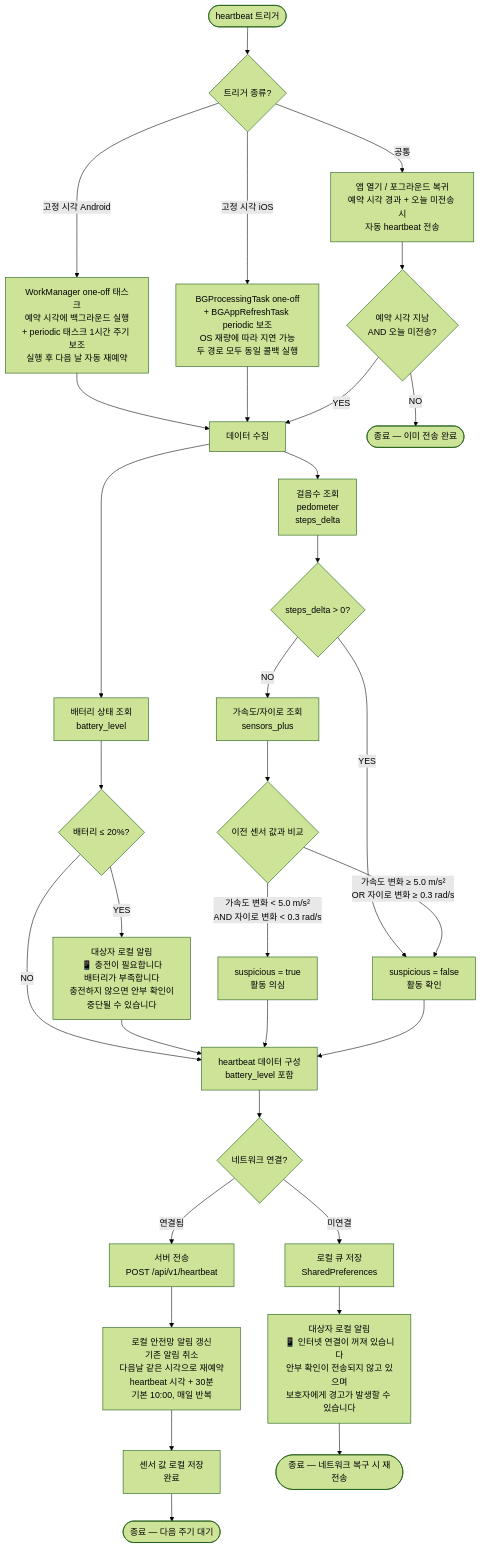
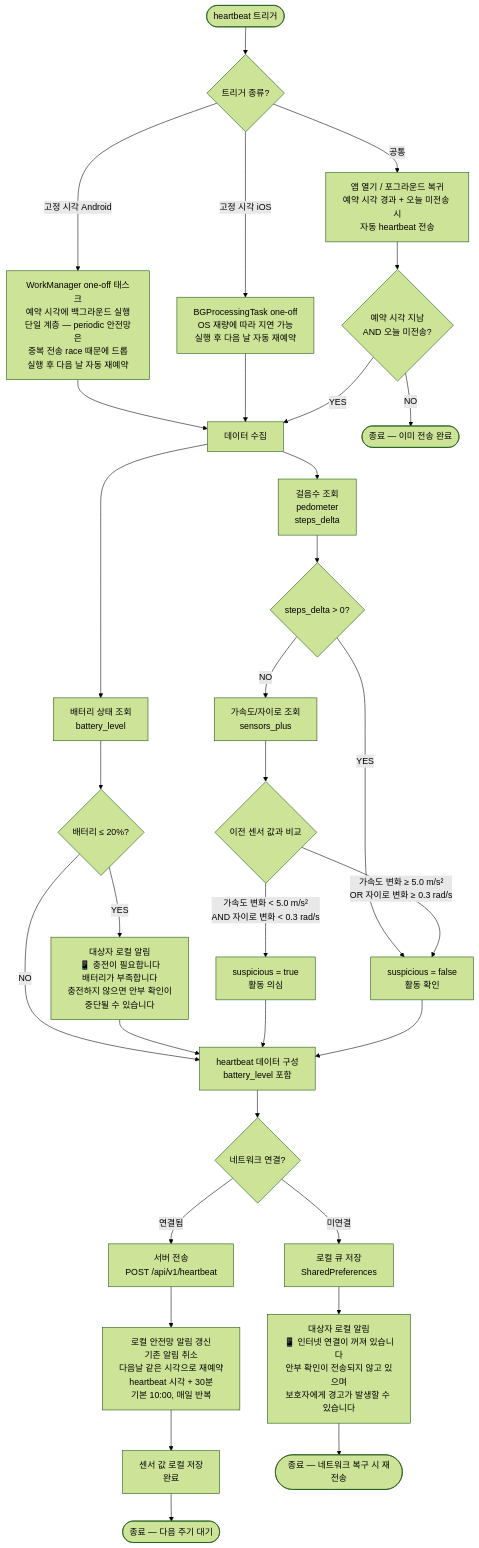
One commit to l10s18bok/kr.co.anbucheck changed the first of 8 diagrams in .claude/rules/heartbeat_flowchart.md. Above: the diagram before and after it, drawn with Mermaid (forest theme). The commit also changed other lines of this file and 2 other files, not shown here.

First line of the commit message:
문서: WorkManager periodic 안전망 드롭 반영

````diff
--- a/.claude/rules/heartbeat_flowchart.md
+++ b/.claude/rules/heartbeat_flowchart.md
@@ -25,54 +25,54 @@
 ```mermaid
 flowchart TD
     Start([heartbeat 트리거])
     Start --> Trigger
 
     Trigger{트리거 종류?}
-    Trigger -->|고정 시각 Android| WM[WorkManager one-off 태스크<br/>예약 시각에 백그라운드 실행<br/>+ periodic 태스크 1시간 주기 보조<br/>실행 후 다음 날 자동 재예약]
-    Trigger -->|고정 시각 iOS| BG[BGProcessingTask one-off<br/>+ BGAppRefreshTask periodic 보조<br/>OS 재량에 따라 지연 가능<br/>두 경로 모두 동일 콜백 실행]
+    Trigger -->|고정 시각 Android| WM[WorkManager one-off 태스크<br/>예약 시각에 백그라운드 실행<br/>단일 계층 — periodic 안전망은<br/>중복 전송 race 때문에 드롭<br/>실행 후 다음 날 자동 재예약]
+    Trigger -->|고정 시각 iOS| BG[BGProcessingTask one-off<br/>OS 재량에 따라 지연 가능<br/>실행 후 다음 날 자동 재예약]
     Trigger -->|공통| FG[앱 열기 / 포그라운드 복귀<br/>예약 시각 경과 + 오늘 미전송 시<br/>자동 heartbeat 전송]
 
     WM --> Collect
     BG --> Collect
     FG --> FGCheck{예약 시각 지남<br/>AND 오늘 미전송?}
     FGCheck -->|YES| Collect
     FGCheck -->|NO| End0([종료 — 이미 전송 완료])
 
     Collect[데이터 수집]
     Collect --> Steps[걸음수 조회<br/>pedometer<br/>steps_delta]
     Collect --> Battery[배터리 상태 조회<br/>battery_level]
 
     Steps --> StepsCheck{steps_delta > 0?}
     StepsCheck -->|YES| Normal[suspicious = false<br/>활동 확인]
     StepsCheck -->|NO| Sensor[가속도/자이로 조회<br/>sensors_plus]
 
     Sensor --> Compare{이전 센서 값과 비교}
     Compare -->|가속도 변화 < 5.0 m/s²<br/>AND 자이로 변화 < 0.3 rad/s| Suspicious[suspicious = true<br/>활동 의심]
     Compare -->|가속도 변화 ≥ 5.0 m/s²<br/>OR 자이로 변화 ≥ 0.3 rad/s| Normal
 
     Battery --> BattCheck{배터리 ≤ 20%?}
     BattCheck -->|YES| SubjectNoti[대상자 로컬 알림<br/>📱 충전이 필요합니다<br/>배터리가 부족합니다<br/>충전하지 않으면 안부 확인이<br/>중단될 수 있습니다]
     BattCheck -->|NO| Build
 
     SubjectNoti --> Build
 
     Suspicious --> Build
     Normal --> Build
 
     Build[heartbeat 데이터 구성<br/>battery_level 포함]
 
     Build --> Network{네트워크 연결?}
 
     Network -->|연결됨| Send[서버 전송<br/>POST /api/v1/heartbeat]
     Network -->|미연결| Queue[로컬 큐 저장<br/>SharedPreferences]
 
     Queue --> LocalNoti1[대상자 로컬 알림<br/>📱 인터넷 연결이 꺼져 있습니다<br/>안부 확인이 전송되지 않고 있으며<br/>보호자에게 경고가 발생할 수 있습니다]
 
     Send --> AlarmReset[로컬 안전망 알림 갱신<br/>기존 알림 취소<br/>다음날 같은 시각으로 재예약<br/>heartbeat 시각 + 30분<br/>기본 10:00, 매일 반복]
 
     AlarmReset --> SaveEnd[센서 값 로컬 저장<br/>완료]
 
     SaveEnd --> End1([종료 — 다음 주기 대기])
 
     LocalNoti1 --> End2([종료 — 네트워크 복구 시 재전송])
 ```
````
